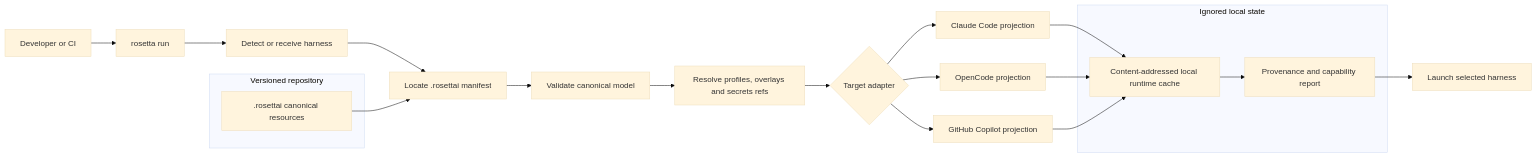
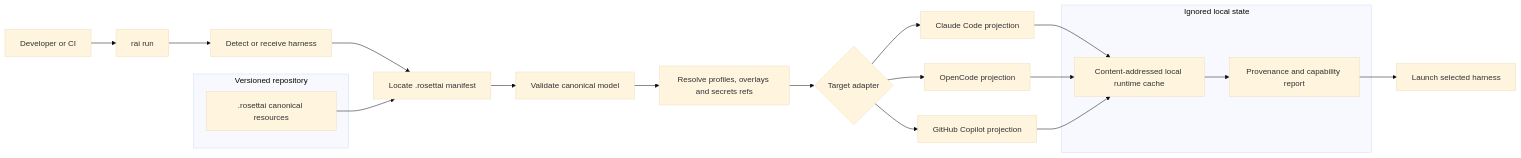
The diagram in docs/architecture/runtime-architecture.mmd (Gamma-Software/RosettAI), drawn with Mermaid (base theme) before and after one commit. The commit also changed 8 other files, not shown here.

```diff
--- a/docs/architecture/runtime-architecture.mmd
+++ b/docs/architecture/runtime-architecture.mmd
@@ -1,25 +1,25 @@
 flowchart LR
-  Dev[Developer or CI] --> Launch[rosetta run]
+  Dev[Developer or CI] --> Launch[rai run]
   Launch --> Detect[Detect or receive harness]
   Detect --> Locate[Locate .rosettai manifest]
   Locate --> Validate[Validate canonical model]
   Validate --> Resolve[Resolve profiles, overlays and secrets refs]
   Resolve --> Adapter{Target adapter}
   Adapter --> Claude[Claude Code projection]
   Adapter --> OpenCode[OpenCode projection]
   Adapter --> Copilot[GitHub Copilot projection]
   Claude --> Cache[Content-addressed local runtime cache]
   OpenCode --> Cache
   Copilot --> Cache
   Cache --> Report[Provenance and capability report]
   Report --> Execute[Launch selected harness]
 
   subgraph Repository [Versioned repository]
     Canonical[.rosettai canonical resources]
   end
   Canonical --> Locate
 
   subgraph Local [Ignored local state]
     Cache
     Report
   end
```
